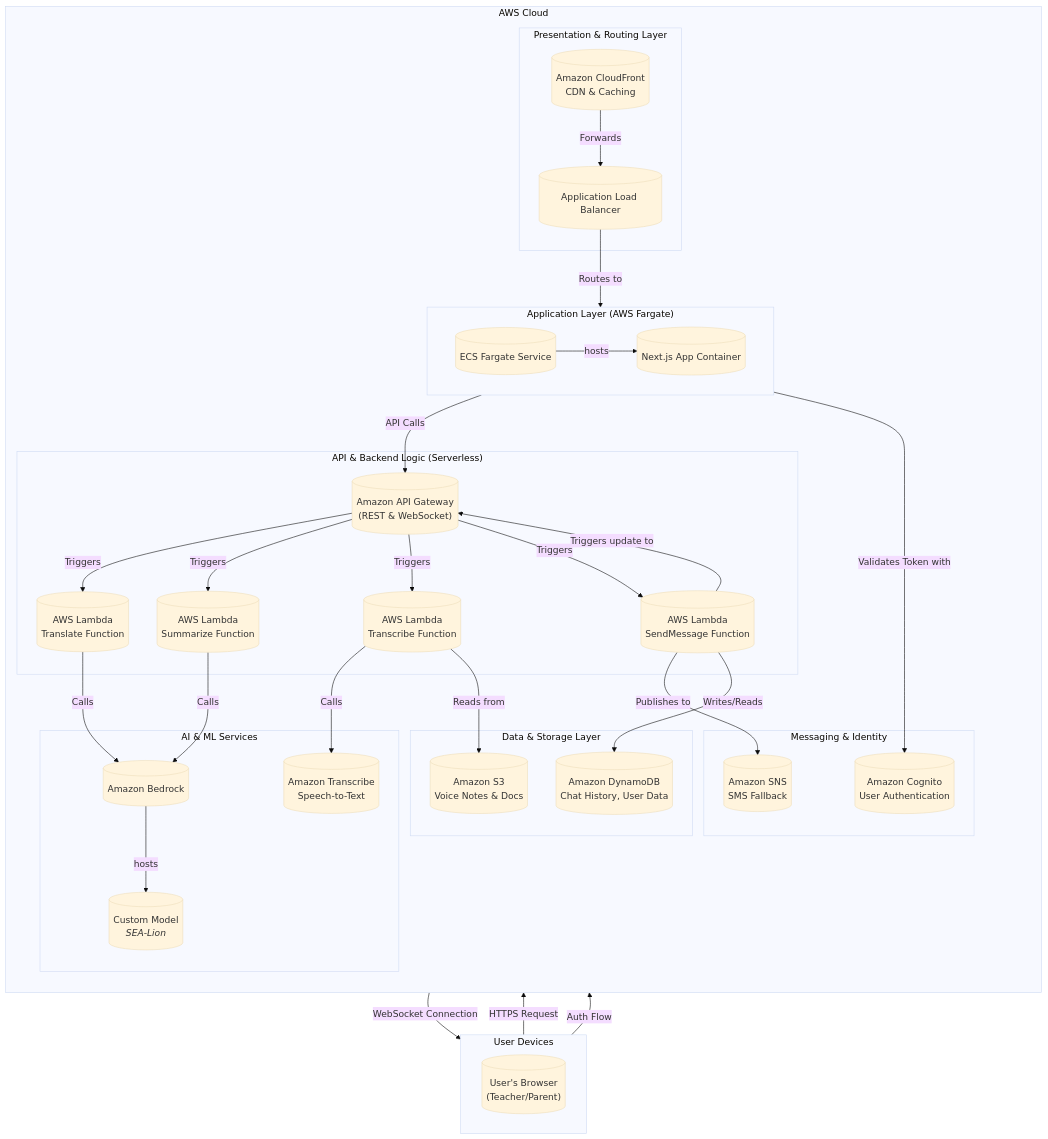
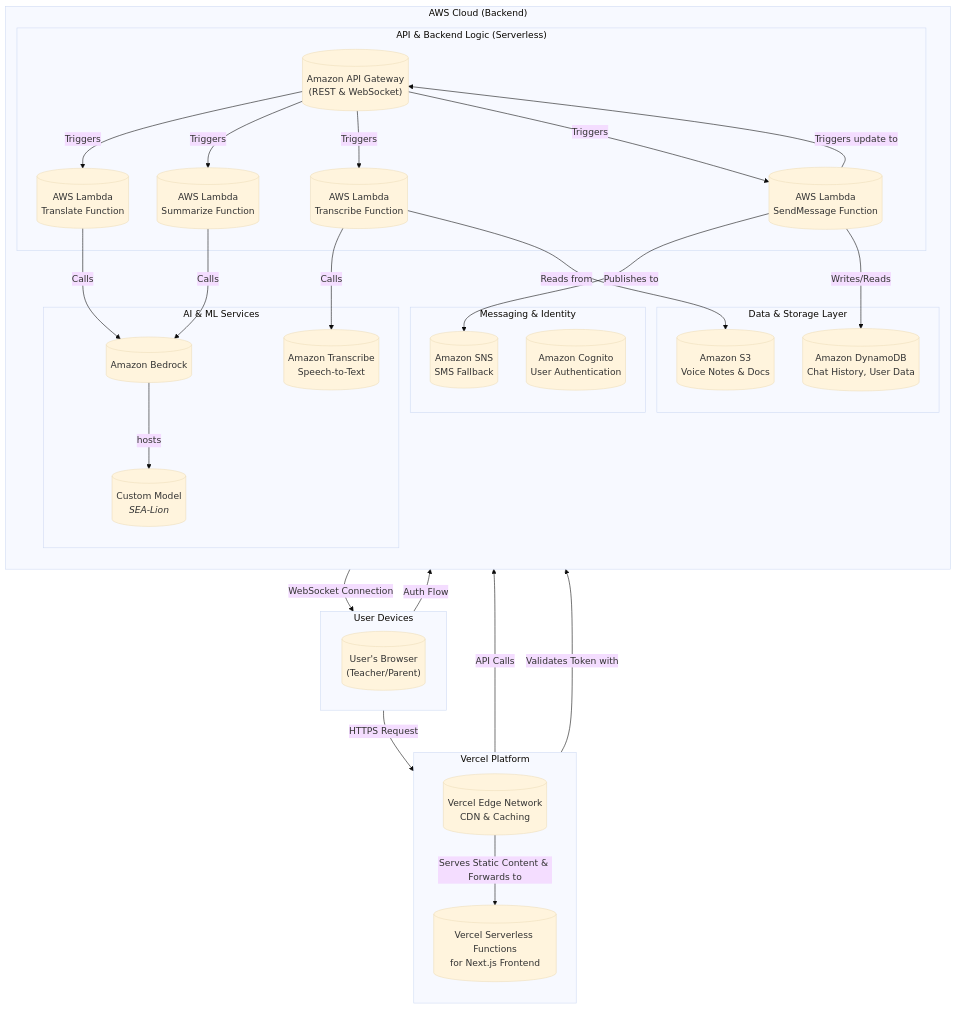
One commit to EduBuilders-SEA/SEA-Bridge changed the diagram in workspace/architecture.md. Above: the diagram before and after it, drawn with Mermaid (base theme). The commit also changed other lines of this file, not shown here.

Commit message:
Is this architecture now compatible with our existing codebase here for

````diff
--- a/workspace/architecture.md
+++ b/workspace/architecture.md
@@ -5,82 +5,75 @@
 ```mermaid
 graph TD
     subgraph "User Devices"
         direction LR
         User_Browser[("User's Browser<br>(Teacher/Parent)")]
     end
 
-    subgraph "AWS Cloud"
+    subgraph "Vercel Platform"
         direction TB
+        Vercel_Edge[("Vercel Edge Network<br>CDN & Caching")]
+        Vercel_Compute[("Vercel Serverless Functions<br>for Next.js Frontend")]
+    end
 
-        subgraph "Presentation & Routing Layer"
-            ALB[("Application Load Balancer")]
-            CloudFront[("Amazon CloudFront<br>CDN & Caching")]
-        end
-
-        subgraph "Application Layer (AWS Fargate)"
-            direction LR
-            Fargate_Service[("ECS Fargate Service")]
-            NextJS_Container[("Next.js App Container")]
-            Fargate_Service -- hosts --> NextJS_Container
-        end
+    subgraph "AWS Cloud (Backend)"
+        direction TB
 
         subgraph "API & Backend Logic (Serverless)"
             APIGW[("Amazon API Gateway<br>(REST & WebSocket)")]
             Lambda_Translate[("AWS Lambda<br>Translate Function")]
             Lambda_Summarize[("AWS Lambda<br>Summarize Function")]
             Lambda_Transcribe[("AWS Lambda<br>Transcribe Function")]
             Lambda_SendMessage[("AWS Lambda<br>SendMessage Function")]
         end
 
         subgraph "AI & ML Services"
             Bedrock[("Amazon Bedrock")]
             SEALion_Model[("Custom Model<br><i>SEA-Lion</i>")]
             Transcribe[("Amazon Transcribe<br>Speech-to-Text")]
             Bedrock -- hosts --> SEALion_Model
         end
 
         subgraph "Data & Storage Layer"
             S3[("Amazon S3<br>Voice Notes & Docs")]
             DynamoDB[("Amazon DynamoDB<br>Chat History, User Data")]
         end
 
         subgraph "Messaging & Identity"
             SNS[("Amazon SNS<br>SMS Fallback")]
             Cognito[("Amazon Cognito<br>User Authentication")]
         end
     end
 
     %% --- Data Flows ---
 
-    %% User to App
-    User_Browser -- HTTPS Request --> CloudFront
-    CloudFront -- Forwards --> ALB
-    ALB -- Routes to --> Fargate_Service
+    %% User to Frontend (Vercel)
+    User_Browser -- HTTPS Request --> Vercel_Edge
+    Vercel_Edge -- Serves Static Content & Forwards to --> Vercel_Compute
 
-    %% App to Backend API
-    NextJS_Container -- API Calls --> APIGW
+    %% Frontend to Backend (AWS)
+    Vercel_Compute -- API Calls --> APIGW
 
     %% API Gateway to Lambdas
     APIGW -- Triggers --> Lambda_Translate
     APIGW -- Triggers --> Lambda_Summarize
     APIGW -- Triggers --> Lambda_Transcribe
     APIGW -- Triggers --> Lambda_SendMessage
 
     %% Lambdas to AI Services
     Lambda_Translate -- Calls --> Bedrock
     Lambda_Summarize -- Calls --> Bedrock
     Lambda_Transcribe -- Calls --> Transcribe
     Lambda_SendMessage -- Publishes to --> SNS
 
     %% Lambdas to Data Stores
     Lambda_SendMessage -- Writes/Reads --> DynamoDB
     Lambda_Transcribe -- Reads from --> S3
 
     %% Real-time Chat Flow
     APIGW -- WebSocket Connection --> User_Browser
     Lambda_SendMessage -- Triggers update to --> APIGW
 
     %% Authentication
     User_Browser -- Auth Flow --> Cognito
-    NextJS_Container -- Validates Token with --> Cognito
+    Vercel_Compute -- Validates Token with --> Cognito
 ```
````
